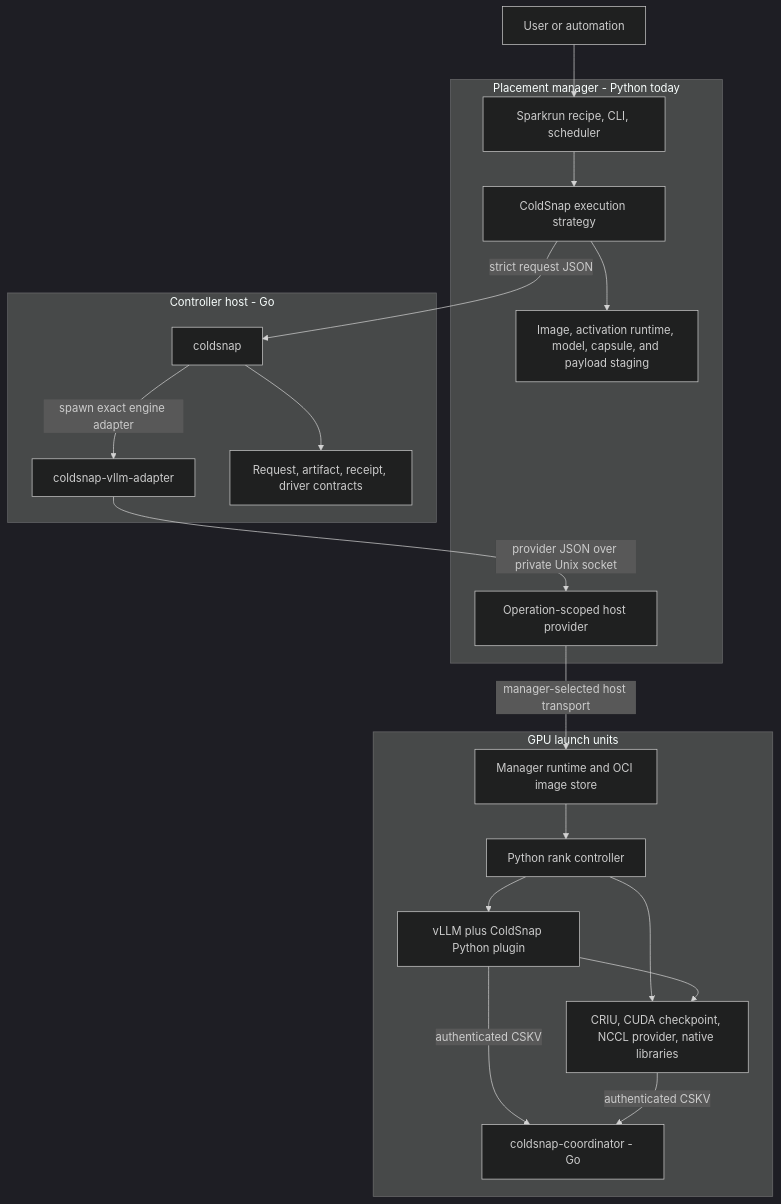
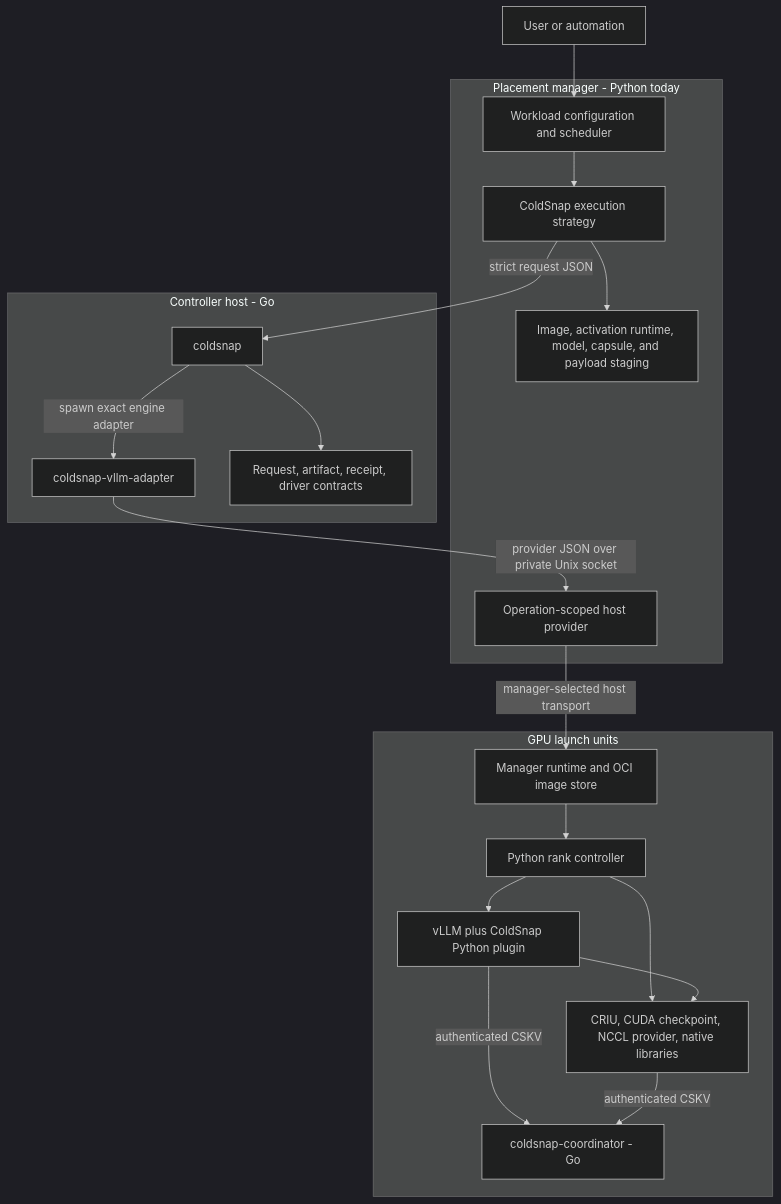
The first of 5 diagrams in docs/architecture.md (sparksq/coldsnap), drawn with Mermaid (dark theme) before and after one commit. The commit also changed other lines of this file and 15 other files, not shown here.

````diff
--- a/docs/architecture.md
+++ b/docs/architecture.md
@@ -75,40 +75,40 @@
 ```mermaid
 flowchart TB
     User[User or automation]
 
     subgraph Manager[Placement manager - Python today]
-        SR[Sparkrun recipe, CLI, scheduler]
+        SR[Workload configuration and scheduler]
         ES[ColdSnap execution strategy]
         HP[Operation-scoped host provider]
         STAGE[Image, activation runtime, model, capsule, and payload staging]
     end
 
     subgraph Control[Controller host - Go]
         CLI[coldsnap]
         ADAPTER[coldsnap-vllm-adapter]
         CONTRACT[Request, artifact, receipt, driver contracts]
     end
 
     subgraph Nodes[GPU launch units]
         DOCKER[Manager runtime and OCI image store]
         RANK[Python rank controller]
         ENGINE[vLLM plus ColdSnap Python plugin]
         LOW[CRIU, CUDA checkpoint, NCCL provider, native libraries]
         COORD[coldsnap-coordinator - Go]
     end
 
     User --> SR
     SR --> ES
     ES --> STAGE
     ES -->|strict request JSON| CLI
     CLI --> CONTRACT
     CLI -->|spawn exact engine adapter| ADAPTER
     ADAPTER -->|provider JSON over private Unix socket| HP
     HP -->|manager-selected host transport| DOCKER
     DOCKER --> RANK
     RANK --> ENGINE
     RANK --> LOW
     ENGINE --> LOW
     ENGINE -->|authenticated CSKV| COORD
     LOW -->|authenticated CSKV| COORD
 ```
````
